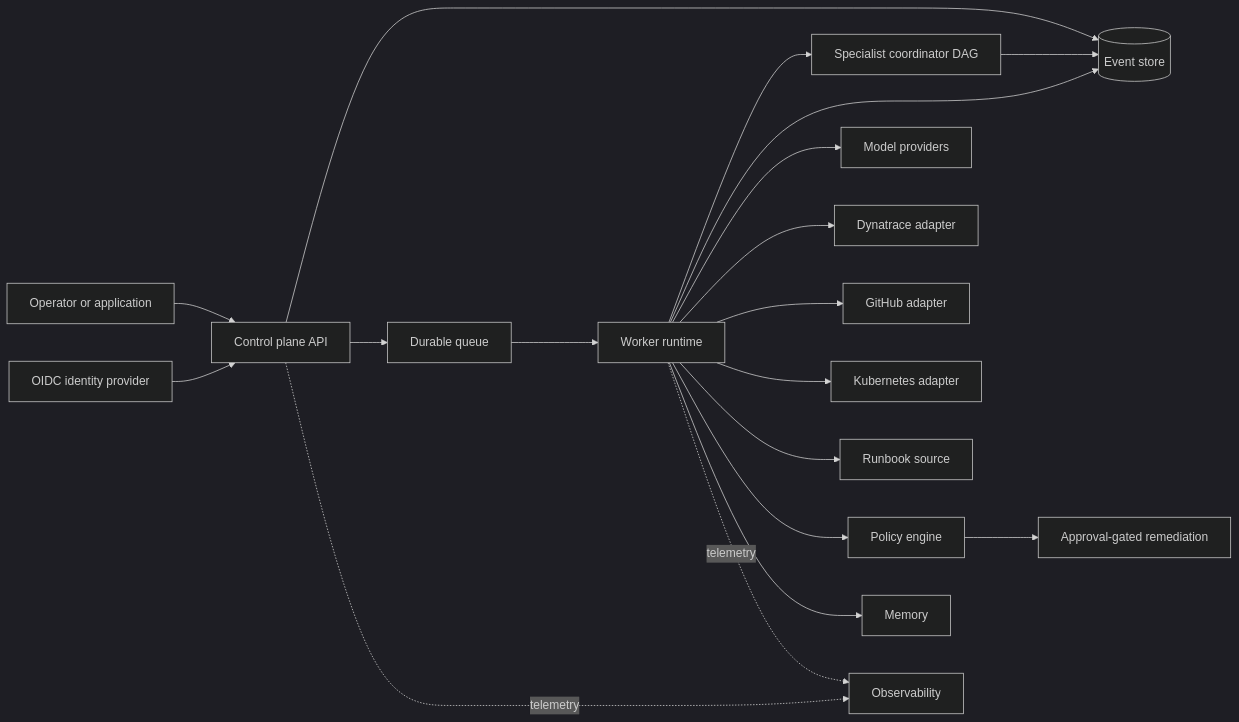
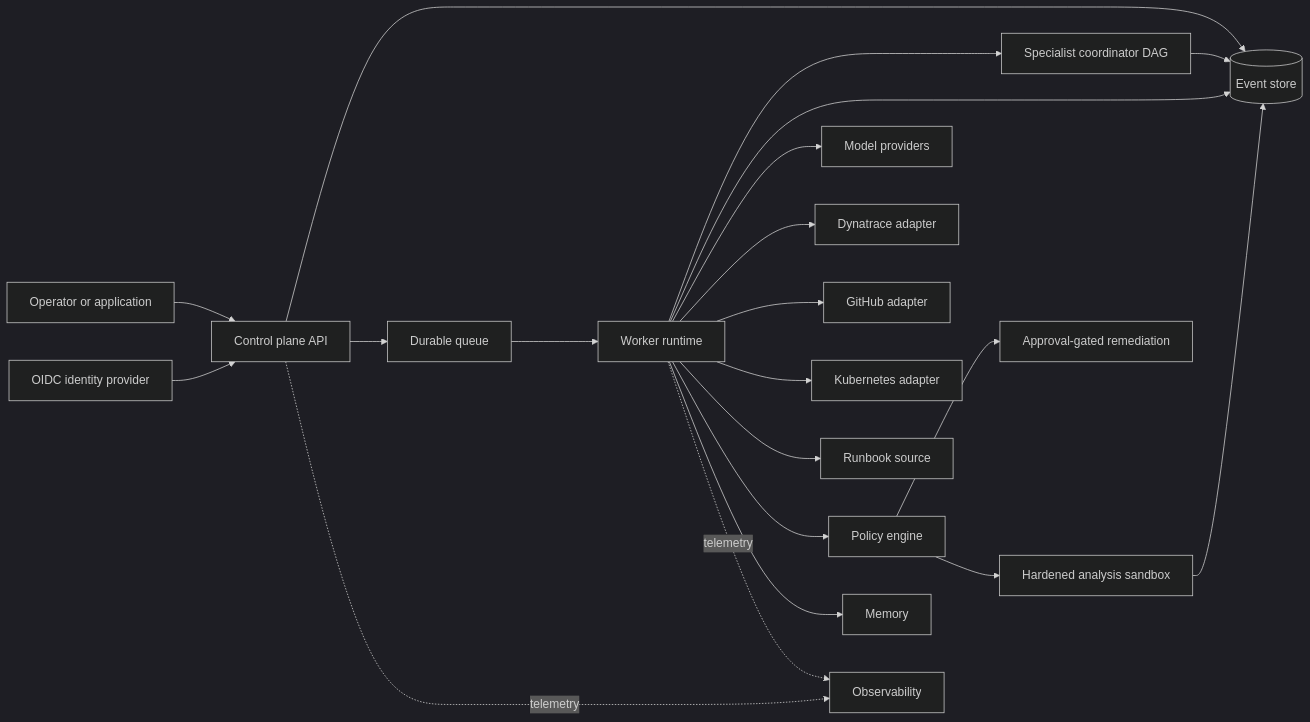
Before and after one commit to mrinmoyece/aegis-agent-platform: the first of 11 diagrams in docs/architecture.md, drawn with Mermaid (dark theme). The commit also changed other lines of this file and 52 other files, not shown here.

First line of the commit message:
Add hardened sandbox execution layer

````diff
--- a/docs/architecture.md
+++ b/docs/architecture.md
@@ -19,21 +20,23 @@
 ```mermaid
 flowchart LR
   User[Operator or application] --> CP[Control plane API]
   IdP[OIDC identity provider] --> CP
   CP --> ES[(Event store)]
   CP --> Q[Durable queue]
   Q --> W[Worker runtime]
   W --> A[Specialist coordinator DAG]
   A --> ES
   W --> ES
   W --> P[Model providers]
   W --> DT[Dynatrace adapter]
   W --> GH[GitHub adapter]
   W --> K8s[Kubernetes adapter]
   W --> RB[Runbook source]
   W --> Policy[Policy engine]
   Policy --> R[Approval-gated remediation]
+  Policy --> S[Hardened analysis sandbox]
+  S --> ES
   W --> M[Memory]
   CP -. telemetry .-> O[Observability]
   W -. telemetry .-> O
 ```
````
